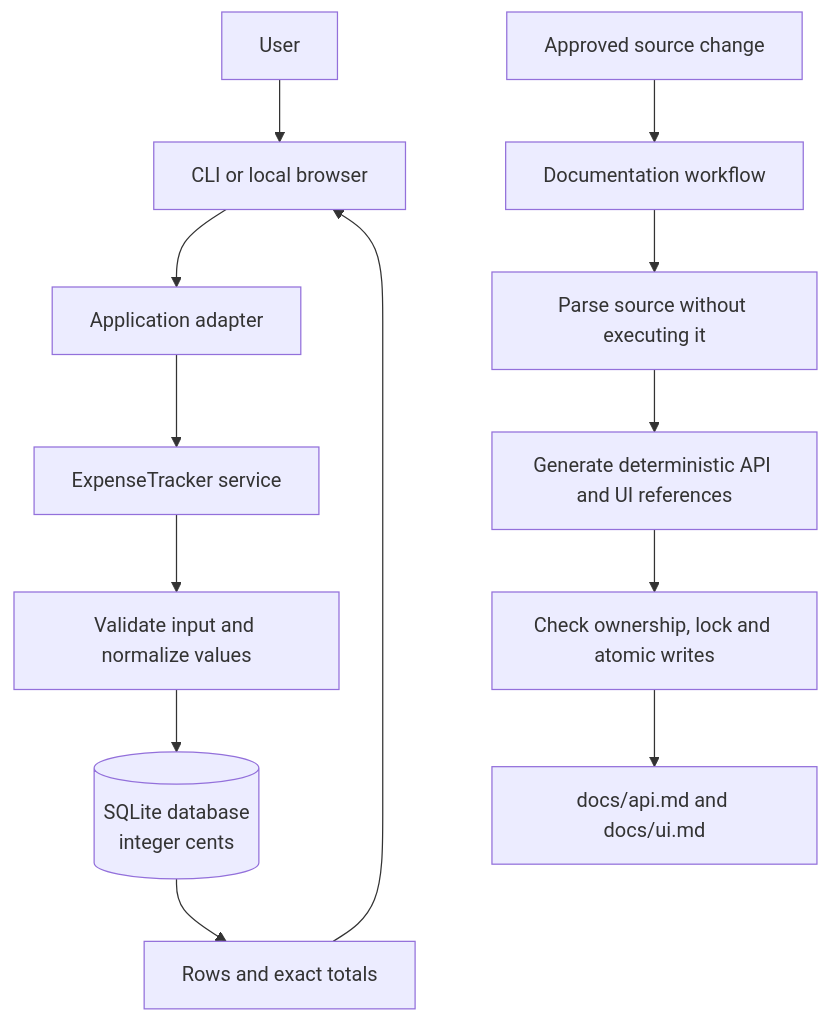
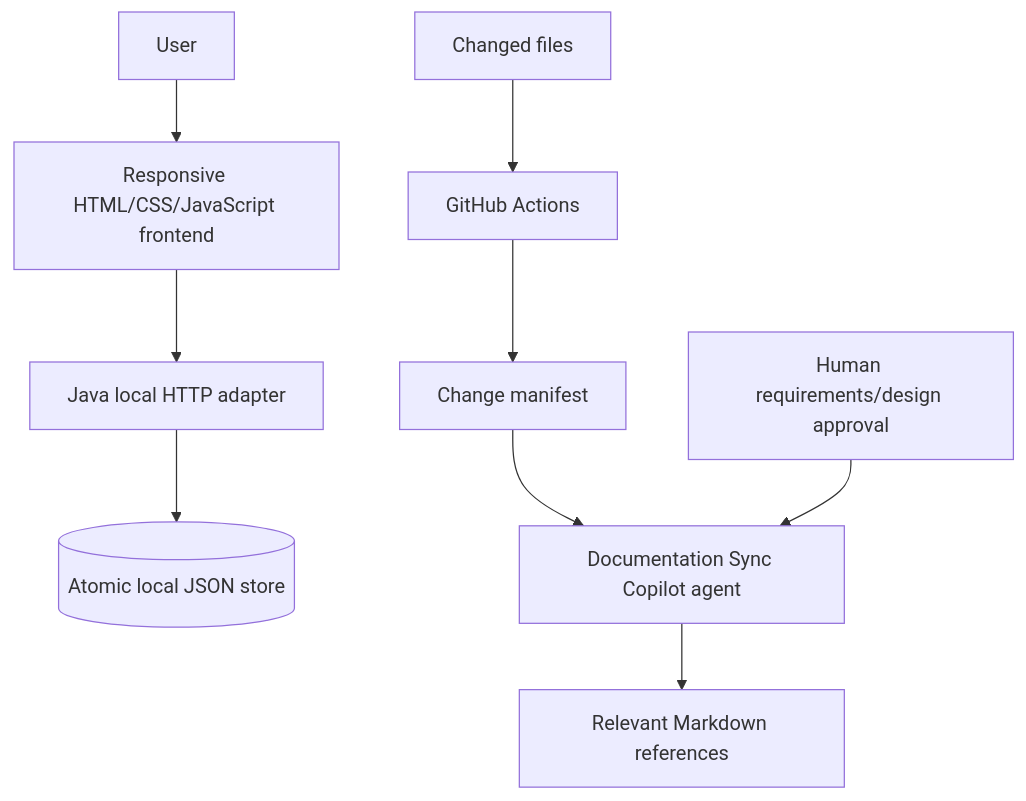
Before and after one commit to deepakkumar-r/daily-expense-tracker-automatic-doc-sync: the first of 2 diagrams in docs/architecture.md, drawn with Mermaid. The commit also changed other lines of this file and 44 other files, not shown here.

````diff
--- a/docs/architecture.md
+++ b/docs/architecture.md
@@ -7,16 +7,11 @@
 ```mermaid
 flowchart TD
-    U[User] --> C[CLI or local browser]
-    C --> A[Application adapter]
-    A --> S[ExpenseTracker service]
-    S --> V[Validate input and normalize values]
-    V --> D[(SQLite database<br/>integer cents)]
-    D --> R[Rows and exact totals]
-    R --> C
-
-    H[Approved source change] --> W[Documentation workflow]
-    W --> P[Parse source without executing it]
-    P --> G[Generate deterministic API and UI references]
-    G --> Q[Check ownership, lock and atomic writes]
-    Q --> O[docs/api.md and docs/ui.md]
+    U[User] --> F[Responsive HTML/CSS/JavaScript frontend]
+    F --> J[Java local HTTP adapter]
+    J --> D[(Atomic local JSON store)]
+    C[Changed files] --> A[GitHub Actions]
+    A --> M[Change manifest]
+    M --> O[Documentation Sync Copilot agent]
+    O --> R[Relevant Markdown references]
+    H[Human requirements/design approval] --> O
 ```
````
